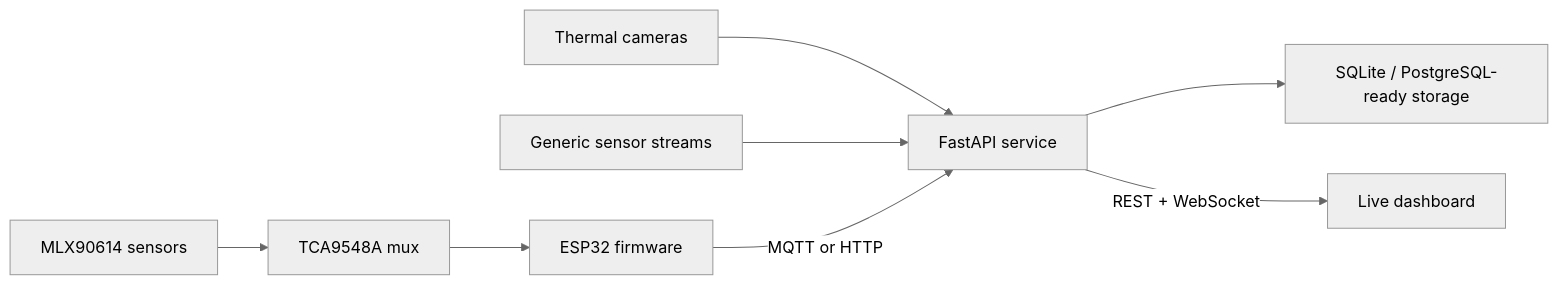
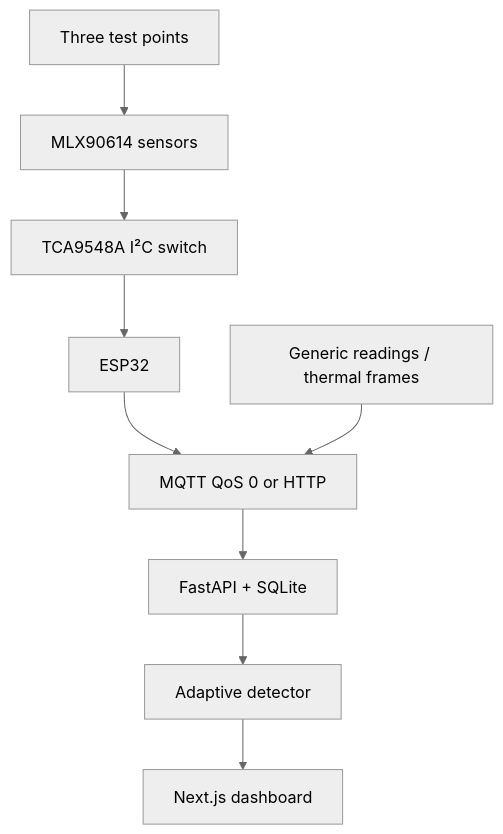
The diagram in README.md (SREERAJSANTHOSH/Predictive_Thermal_Guard), drawn with Mermaid (neutral theme) before and after one commit. The commit also changed other lines of this file and 44 other files, not shown here.

````diff
--- a/README.md
+++ b/README.md
@@ -16,10 +26,11 @@
 ```mermaid
-flowchart LR
-    S["MLX90614 sensors"] --> M["TCA9548A mux"]
-    M --> E["ESP32 firmware"]
-    C["Thermal cameras"] --> A["FastAPI service"]
-    G["Generic sensor streams"] --> A
-    E -->|MQTT or HTTP| A
-    A --> D["SQLite / PostgreSQL-ready storage"]
-    A -->|REST + WebSocket| W["Live dashboard"]
+flowchart TD
+    A["Three test points"] --> B["MLX90614 sensors"]
+    B --> C["TCA9548A I²C switch"]
+    C --> D["ESP32"]
+    D --> E["MQTT QoS 0 or HTTP"]
+    F["Generic readings / thermal frames"] --> E
+    E --> G["FastAPI + SQLite"]
+    G --> H["Adaptive detector"]
+    H --> I["Next.js dashboard"]
 ```
````
